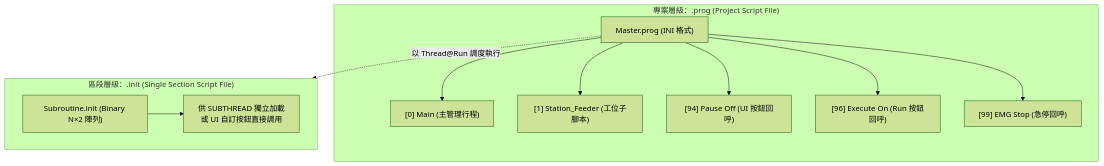
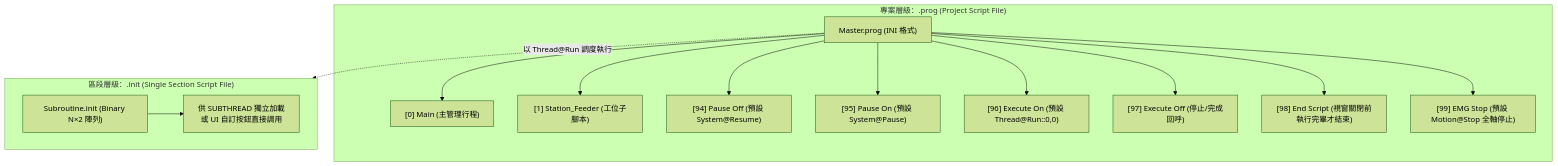
Before and after one commit to arco651749/ARCOSharp: the diagram in DEV-GUIDE.md, drawn with Mermaid (forest theme). The commit also changed other lines of this file and 165 other files, not shown here.

````diff
--- a/DEV-GUIDE.md
+++ b/DEV-GUIDE.md
@@ -181,18 +181,21 @@
 ```mermaid
 flowchart TD
     subgraph ProjectLevel["專案層級：.prog (Project Script File)"]
         PROG["Master.prog (INI 格式)"]
         PROG --> Sec0["[0] Main (主管理行程)"]
         PROG --> Sec1["[1] Station_Feeder (工位子腳本)"]
-        PROG --> Sec94["[94] Pause Off (UI 按鈕回呼)"]
-        PROG --> Sec96["[96] Execute On (Run 按鈕回呼)"]
-        PROG --> Sec99["[99] EMG Stop (急停回呼)"]
+        PROG --> Sec94["[94] Pause Off (預設 System@Resume)"]
+        PROG --> Sec95["[95] Pause On (預設 System@Pause)"]
+        PROG --> Sec96["[96] Execute On (預設 Thread@Run::0,0)"]
+        PROG --> Sec97["[97] Execute Off (停止/完成回呼)"]
+        PROG --> Sec98["[98] End Script (視窗關閉前執行完畢才結束)"]
+        PROG --> Sec99["[99] EMG Stop (預設 Motion@Stop 全軸停止)"]
     end
 
     subgraph SectionLevel["區段層級：.init (Single Section Script File)"]
         INIT["Subroutine.init (Binary N×2 陣列)"]
         INIT --> SubThread["供 SUBTHREAD 獨立加載<br/>或 UI 自訂按鈕直接調用"]
     end
 
     PROG -.->|以 Thread@Run 調度執行| SectionLevel
 ```
````
